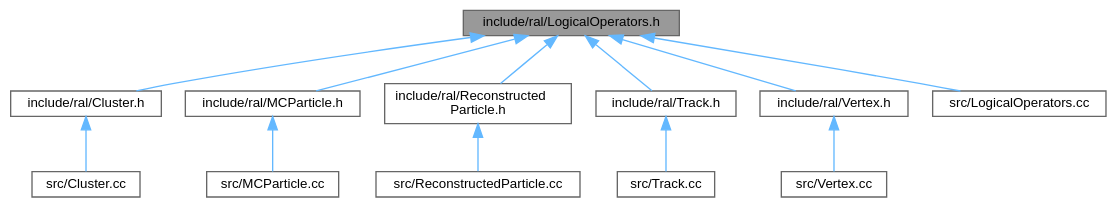
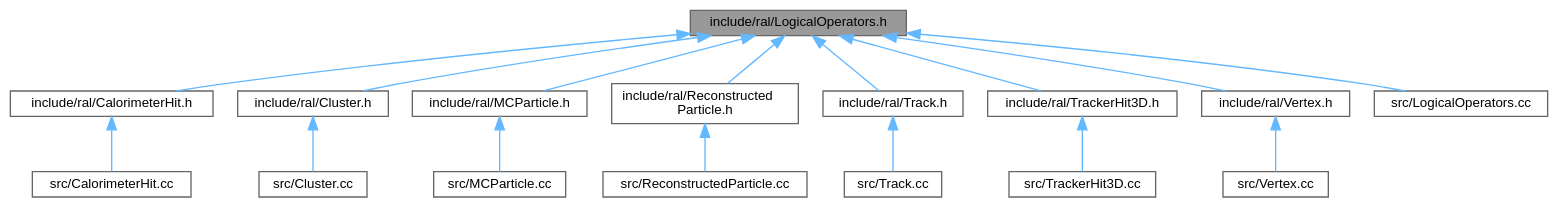
Before and after one commit to Juanki0396/ral: the diagram in docs/LogicalOperators_8h__dep__incl.dot, drawn with Graphviz. The commit also changed 58 other files, not shown here.

```diff
--- a/docs/LogicalOperators_8h__dep__incl.dot
+++ b/docs/LogicalOperators_8h__dep__incl.dot
@@ -1,30 +1,38 @@
 digraph "include/ral/LogicalOperators.h"
 {
  // LATEX_PDF_SIZE
   bgcolor="transparent";
   edge [fontname=Helvetica,fontsize=10,labelfontname=Helvetica,labelfontsize=10];
   node [fontname=Helvetica,fontsize=10,shape=box,height=0.2,width=0.4];
   Node1 [id="Node000001",label="include/ral/LogicalOperators.h",height=0.2,width=0.4,color="gray40", fillcolor="grey60", style="filled", fontcolor="black",tooltip=" "];
   Node1 -> Node2 [id="edge1_Node000001_Node000002",dir="back",color="steelblue1",style="solid",tooltip=" "];
-  Node2 [id="Node000002",label="include/ral/Cluster.h",height=0.2,width=0.4,color="grey40", fillcolor="white", style="filled",URL="$Cluster_8h.html",tooltip=" "];
+  Node2 [id="Node000002",label="include/ral/CalorimeterHit.h",height=0.2,width=0.4,color="grey40", fillcolor="white", style="filled",URL="$CalorimeterHit_8h.html",tooltip=" "];
   Node2 -> Node3 [id="edge2_Node000002_Node000003",dir="back",color="steelblue1",style="solid",tooltip=" "];
-  Node3 [id="Node000003",label="src/Cluster.cc",height=0.2,width=0.4,color="grey40", fillcolor="white", style="filled",URL="$Cluster_8cc.html",tooltip=" "];
+  Node3 [id="Node000003",label="src/CalorimeterHit.cc",height=0.2,width=0.4,color="grey40", fillcolor="white", style="filled",URL="$CalorimeterHit_8cc.html",tooltip=" "];
   Node1 -> Node4 [id="edge3_Node000001_Node000004",dir="back",color="steelblue1",style="solid",tooltip=" "];
-  Node4 [id="Node000004",label="include/ral/MCParticle.h",height=0.2,width=0.4,color="grey40", fillcolor="white", style="filled",URL="$MCParticle_8h.html",tooltip=" "];
+  Node4 [id="Node000004",label="include/ral/Cluster.h",height=0.2,width=0.4,color="grey40", fillcolor="white", style="filled",URL="$Cluster_8h.html",tooltip=" "];
   Node4 -> Node5 [id="edge4_Node000004_Node000005",dir="back",color="steelblue1",style="solid",tooltip=" "];
-  Node5 [id="Node000005",label="src/MCParticle.cc",height=0.2,width=0.4,color="grey40", fillcolor="white", style="filled",URL="$MCParticle_8cc.html",tooltip=" "];
+  Node5 [id="Node000005",label="src/Cluster.cc",height=0.2,width=0.4,color="grey40", fillcolor="white", style="filled",URL="$Cluster_8cc.html",tooltip=" "];
   Node1 -> Node6 [id="edge5_Node000001_Node000006",dir="back",color="steelblue1",style="solid",tooltip=" "];
-  Node6 [id="Node000006",label="include/ral/Reconstructed\lParticle.h",height=0.2,width=0.4,color="grey40", fillcolor="white", style="filled",URL="$ReconstructedParticle_8h.html",tooltip=" "];
+  Node6 [id="Node000006",label="include/ral/MCParticle.h",height=0.2,width=0.4,color="grey40", fillcolor="white", style="filled",URL="$MCParticle_8h.html",tooltip=" "];
   Node6 -> Node7 [id="edge6_Node000006_Node000007",dir="back",color="steelblue1",style="solid",tooltip=" "];
-  Node7 [id="Node000007",label="src/ReconstructedParticle.cc",height=0.2,width=0.4,color="grey40", fillcolor="white", style="filled",URL="$ReconstructedParticle_8cc.html",tooltip=" "];
+  Node7 [id="Node000007",label="src/MCParticle.cc",height=0.2,width=0.4,color="grey40", fillcolor="white", style="filled",URL="$MCParticle_8cc.html",tooltip=" "];
   Node1 -> Node8 [id="edge7_Node000001_Node000008",dir="back",color="steelblue1",style="solid",tooltip=" "];
-  Node8 [id="Node000008",label="include/ral/Track.h",height=0.2,width=0.4,color="grey40", fillcolor="white", style="filled",URL="$Track_8h.html",tooltip=" "];
+  Node8 [id="Node000008",label="include/ral/Reconstructed\lParticle.h",height=0.2,width=0.4,color="grey40", fillcolor="white", style="filled",URL="$ReconstructedParticle_8h.html",tooltip=" "];
   Node8 -> Node9 [id="edge8_Node000008_Node000009",dir="back",color="steelblue1",style="solid",tooltip=" "];
-  Node9 [id="Node000009",label="src/Track.cc",height=0.2,width=0.4,color="grey40", fillcolor="white", style="filled",URL="$Track_8cc.html",tooltip=" "];
+  Node9 [id="Node000009",label="src/ReconstructedParticle.cc",height=0.2,width=0.4,color="grey40", fillcolor="white", style="filled",URL="$ReconstructedParticle_8cc.html",tooltip=" "];
   Node1 -> Node10 [id="edge9_Node000001_Node000010",dir="back",color="steelblue1",style="solid",tooltip=" "];
-  Node10 [id="Node000010",label="include/ral/Vertex.h",height=0.2,width=0.4,color="grey40", fillcolor="white", style="filled",URL="$Vertex_8h.html",tooltip=" "];
+  Node10 [id="Node000010",label="include/ral/Track.h",height=0.2,width=0.4,color="grey40", fillcolor="white", style="filled",URL="$Track_8h.html",tooltip=" "];
   Node10 -> Node11 [id="edge10_Node000010_Node000011",dir="back",color="steelblue1",style="solid",tooltip=" "];
-  Node11 [id="Node000011",label="src/Vertex.cc",height=0.2,width=0.4,color="grey40", fillcolor="white", style="filled",URL="$Vertex_8cc.html",tooltip=" "];
+  Node11 [id="Node000011",label="src/Track.cc",height=0.2,width=0.4,color="grey40", fillcolor="white", style="filled",URL="$Track_8cc.html",tooltip=" "];
   Node1 -> Node12 [id="edge11_Node000001_Node000012",dir="back",color="steelblue1",style="solid",tooltip=" "];
-  Node12 [id="Node000012",label="src/LogicalOperators.cc",height=0.2,width=0.4,color="grey40", fillcolor="white", style="filled",URL="$LogicalOperators_8cc.html",tooltip=" "];
+  Node12 [id="Node000012",label="include/ral/TrackerHit3D.h",height=0.2,width=0.4,color="grey40", fillcolor="white", style="filled",URL="$TrackerHit3D_8h.html",tooltip=" "];
+  Node12 -> Node13 [id="edge12_Node000012_Node000013",dir="back",color="steelblue1",style="solid",tooltip=" "];
+  Node13 [id="Node000013",label="src/TrackerHit3D.cc",height=0.2,width=0.4,color="grey40", fillcolor="white", style="filled",URL="$TrackerHit3D_8cc.html",tooltip=" "];
+  Node1 -> Node14 [id="edge13_Node000001_Node000014",dir="back",color="steelblue1",style="solid",tooltip=" "];
+  Node14 [id="Node000014",label="include/ral/Vertex.h",height=0.2,width=0.4,color="grey40", fillcolor="white", style="filled",URL="$Vertex_8h.html",tooltip=" "];
+  Node14 -> Node15 [id="edge14_Node000014_Node000015",dir="back",color="steelblue1",style="solid",tooltip=" "];
+  Node15 [id="Node000015",label="src/Vertex.cc",height=0.2,width=0.4,color="grey40", fillcolor="white", style="filled",URL="$Vertex_8cc.html",tooltip=" "];
+  Node1 -> Node16 [id="edge15_Node000001_Node000016",dir="back",color="steelblue1",style="solid",tooltip=" "];
+  Node16 [id="Node000016",label="src/LogicalOperators.cc",height=0.2,width=0.4,color="grey40", fillcolor="white", style="filled",URL="$LogicalOperators_8cc.html",tooltip=" "];
 }
```
